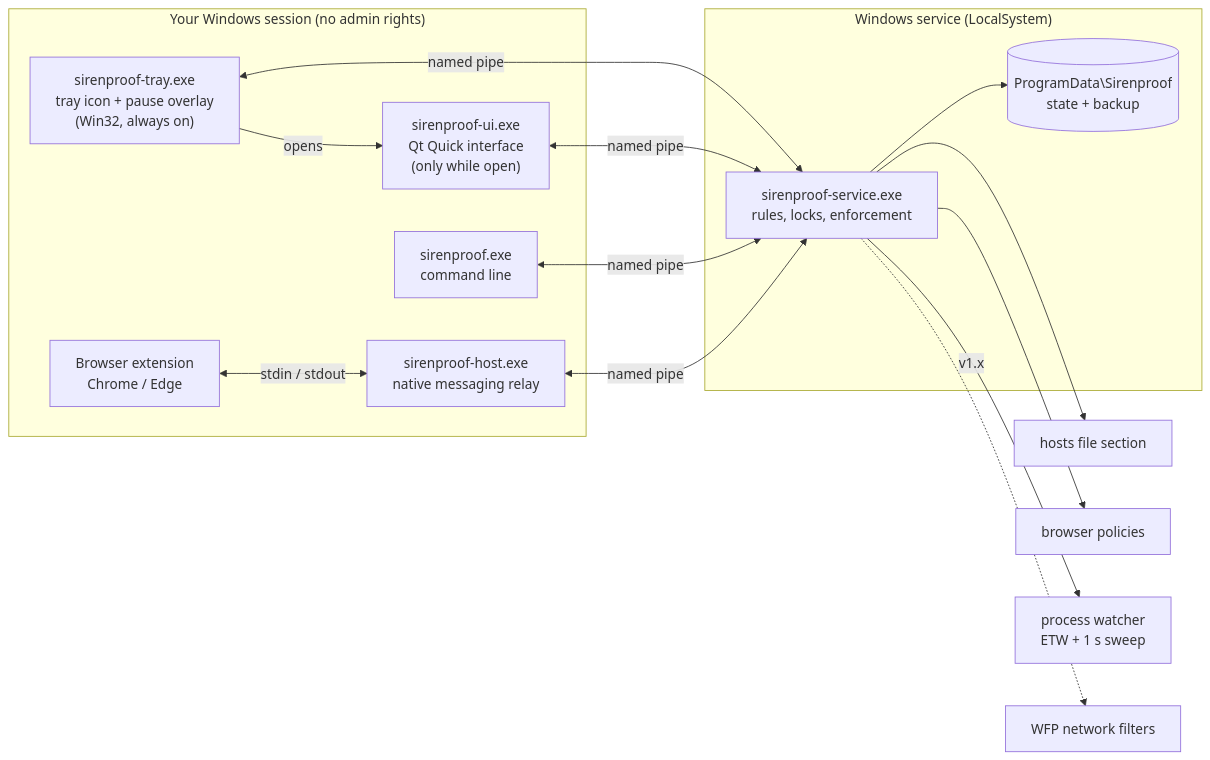
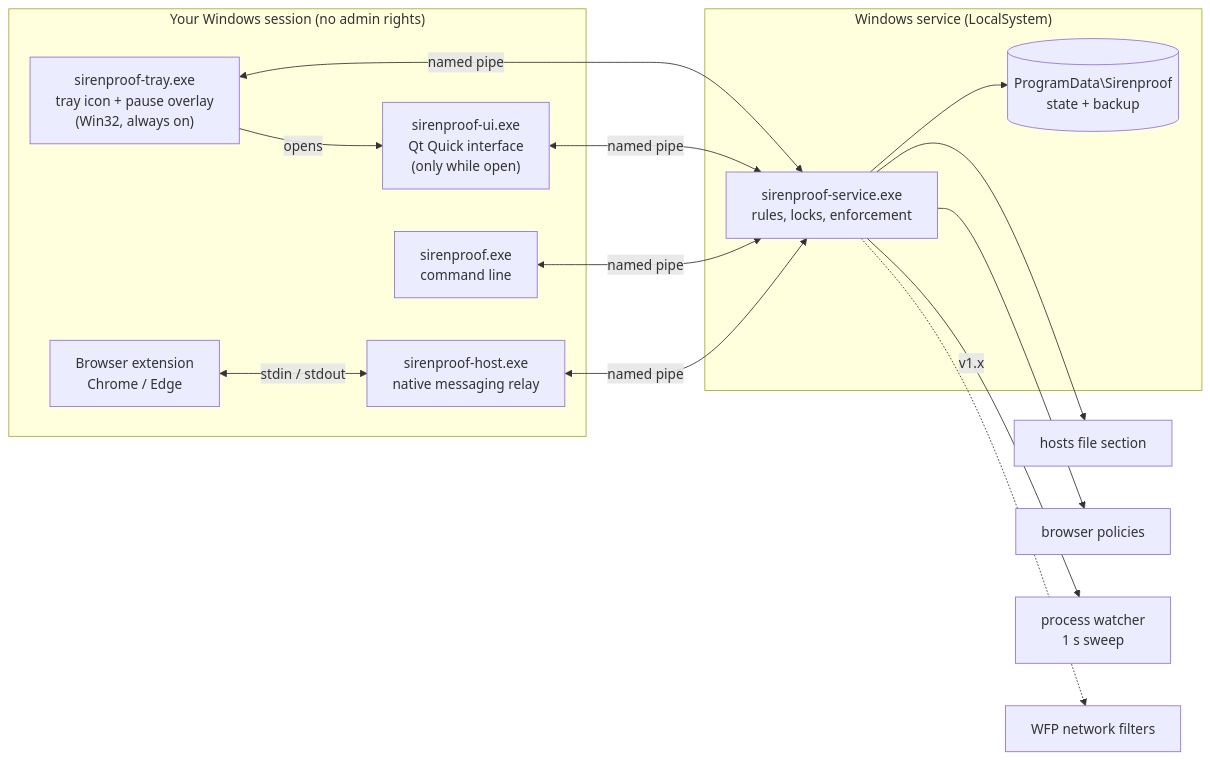
The diagram in docs/PLAN.md (sanjubibin/Sirenproof), drawn with Mermaid before and after one commit. The commit also changed other lines of this file and 4 other files, not shown here.

````diff
--- a/docs/PLAN.md
+++ b/docs/PLAN.md
@@ -218,25 +220,25 @@
 ```mermaid
 flowchart LR
   subgraph user["Your Windows session (no admin rights)"]
     tray["sirenproof-tray.exe<br/>tray icon + pause overlay<br/>(Win32, always on)"]
     ui["sirenproof-ui.exe<br/>Qt Quick interface<br/>(only while open)"]
     cli["sirenproof.exe<br/>command line"]
     ext["Browser extension<br/>Chrome / Edge"]
     nmh["sirenproof-host.exe<br/>native messaging relay"]
   end
   subgraph system["Windows service (LocalSystem)"]
     svc["sirenproof-service.exe<br/>rules, locks, enforcement"]
     state[("ProgramData\Sirenproof<br/>state + backup")]
   end
   ext <-- "stdin / stdout" --> nmh
   tray -- "opens" --> ui
   tray <-- "named pipe" --> svc
   ui <-- "named pipe" --> svc
   cli <-- "named pipe" --> svc
   nmh <-- "named pipe" --> svc
   svc --> state
   svc --> hosts["hosts file section"]
   svc --> pol["browser policies"]
-  svc --> proc["process watcher<br/>ETW + 1 s sweep"]
+  svc --> proc["process watcher<br/>1 s sweep"]
   svc -. "v1.x" .-> wfp["WFP network filters"]
 ```
````
